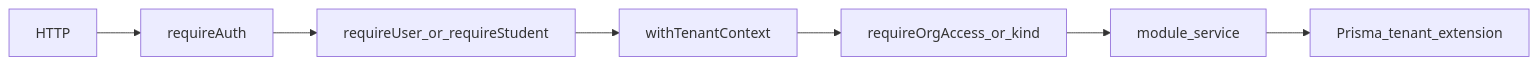
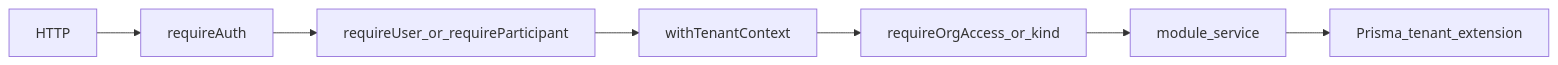
Before and after one commit to RushakPachpande/BrainPulses-v2: the diagram in docs/architecture/DEPENDENCY_MAP.md, drawn with Mermaid. The commit also changed other lines of this file and 171 other files, not shown here.

````diff
--- a/docs/architecture/DEPENDENCY_MAP.md
+++ b/docs/architecture/DEPENDENCY_MAP.md
@@ -28,11 +28,11 @@
 ```mermaid
 flowchart LR
   http[HTTP]
   authn[requireAuth]
-  actor[requireUser_or_requireStudent]
+  actor[requireUser_or_requireParticipant]
   tenant[withTenantContext]
   access[requireOrgAccess_or_kind]
   service[module_service]
   prisma[Prisma_tenant_extension]
   http --> authn --> actor --> tenant --> access --> service --> prisma
 ```
````
